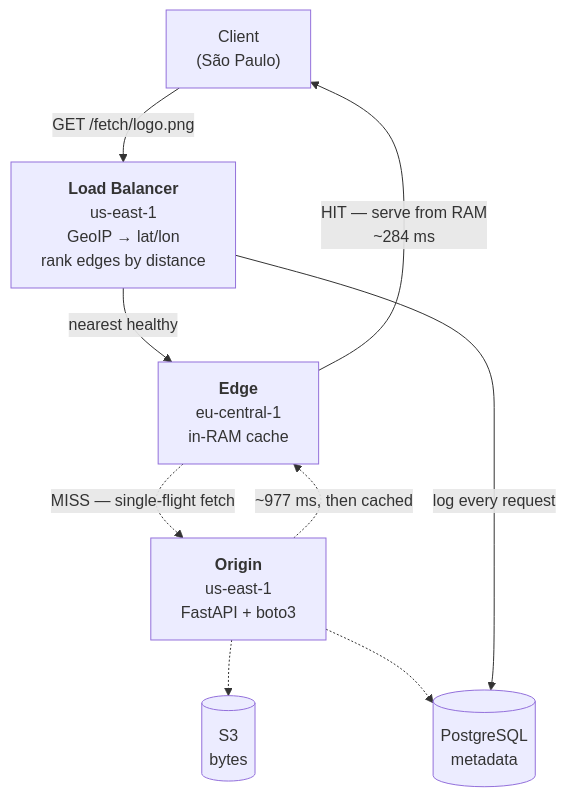
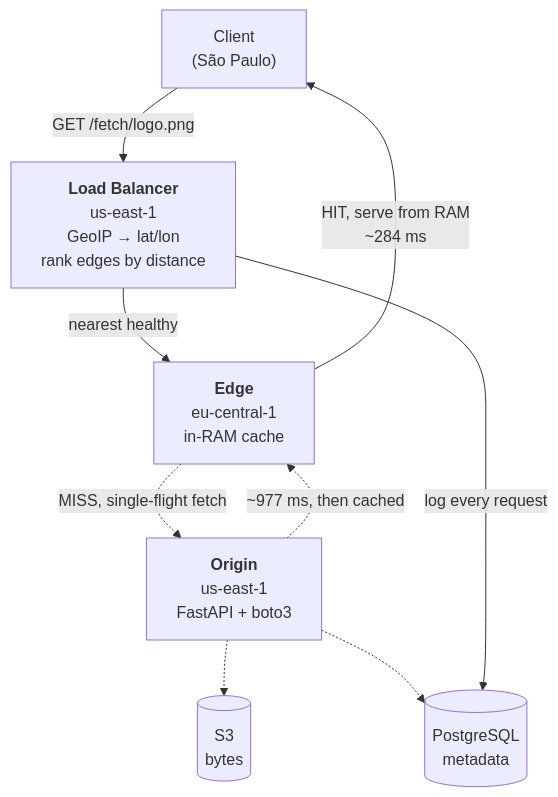
One commit to aryan-2255/Velocity_CDN changed the first of 3 diagrams in README.md. Above: the diagram before and after it, drawn with Mermaid. The commit also changed other lines of this file and 37 other files, not shown here.

````diff
--- a/README.md
+++ b/README.md
@@ -95,12 +95,12 @@
 ```mermaid
 flowchart TD
     C["Client<br/>(São Paulo)"] -->|"GET /fetch/logo.png"| LB
     LB["<b>Load Balancer</b><br/>us-east-1<br/>GeoIP → lat/lon<br/>rank edges by distance"]
     LB -->|"nearest healthy"| E["<b>Edge</b><br/>eu-central-1<br/>in-RAM cache"]
-    E -->|"HIT — serve from RAM<br/>~284 ms"| C
-    E -.->|"MISS — single-flight fetch"| O["<b>Origin</b><br/>us-east-1<br/>FastAPI + boto3"]
+    E -->|"HIT, serve from RAM<br/>~284 ms"| C
+    E -.->|"MISS, single-flight fetch"| O["<b>Origin</b><br/>us-east-1<br/>FastAPI + boto3"]
     O -.-> S3[("S3<br/>bytes")]
     O -.-> PG[("PostgreSQL<br/>metadata")]
     O -.->|"~977 ms, then cached"| E
     LB -->|"log every request"| PG
 ```
````
